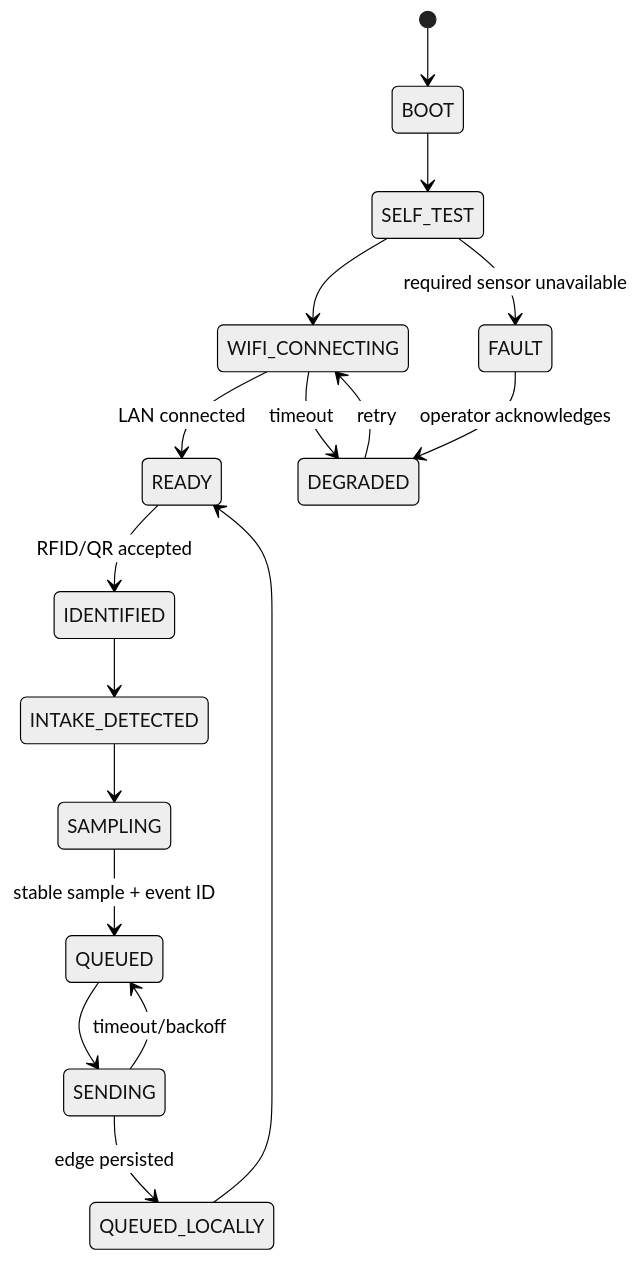
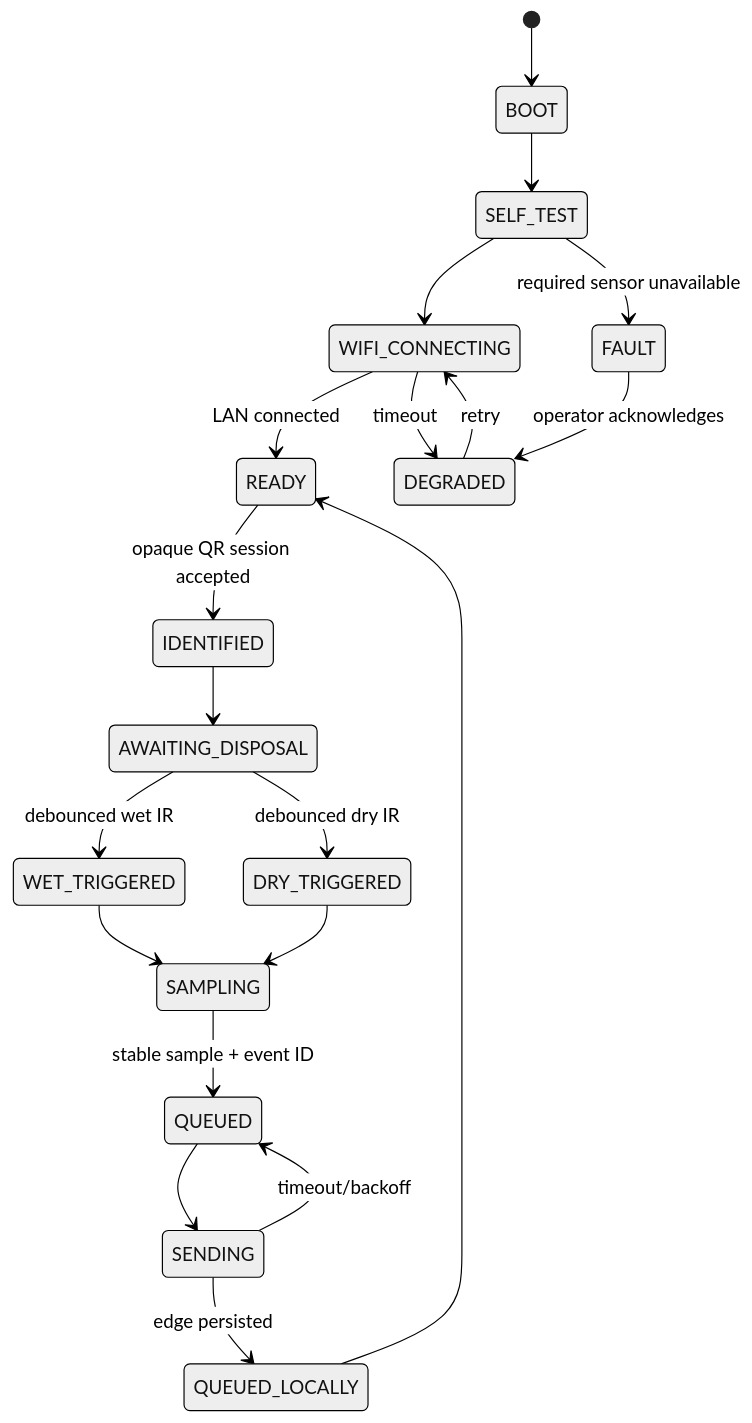
One commit to Vortex-ParthAjmera/Smart-Waste-Ecosystem changed the diagram in DOCUMENTATION/07_HARDWARE_FIRMWARE.md. Above: the diagram before and after it, drawn with Mermaid (neutral theme). The commit also changed other lines of this file and 25 other files, not shown here.

````diff
--- a/DOCUMENTATION/07_HARDWARE_FIRMWARE.md
+++ b/DOCUMENTATION/07_HARDWARE_FIRMWARE.md
@@ -77,19 +79,22 @@
 ```mermaid
 stateDiagram-v2
   [*] --> BOOT
   BOOT --> SELF_TEST
   SELF_TEST --> WIFI_CONNECTING
   WIFI_CONNECTING --> READY: LAN connected
   WIFI_CONNECTING --> DEGRADED: timeout
   DEGRADED --> WIFI_CONNECTING: retry
-  READY --> IDENTIFIED: RFID/QR accepted
-  IDENTIFIED --> INTAKE_DETECTED
-  INTAKE_DETECTED --> SAMPLING
+  READY --> IDENTIFIED: opaque QR session accepted
+  IDENTIFIED --> AWAITING_DISPOSAL
+  AWAITING_DISPOSAL --> WET_TRIGGERED: debounced wet IR
+  AWAITING_DISPOSAL --> DRY_TRIGGERED: debounced dry IR
+  WET_TRIGGERED --> SAMPLING
+  DRY_TRIGGERED --> SAMPLING
   SAMPLING --> QUEUED: stable sample + event ID
   QUEUED --> SENDING
   SENDING --> QUEUED_LOCALLY: edge persisted
   SENDING --> QUEUED: timeout/backoff
   QUEUED_LOCALLY --> READY
   SELF_TEST --> FAULT: required sensor unavailable
   FAULT --> DEGRADED: operator acknowledges
 ```
````
